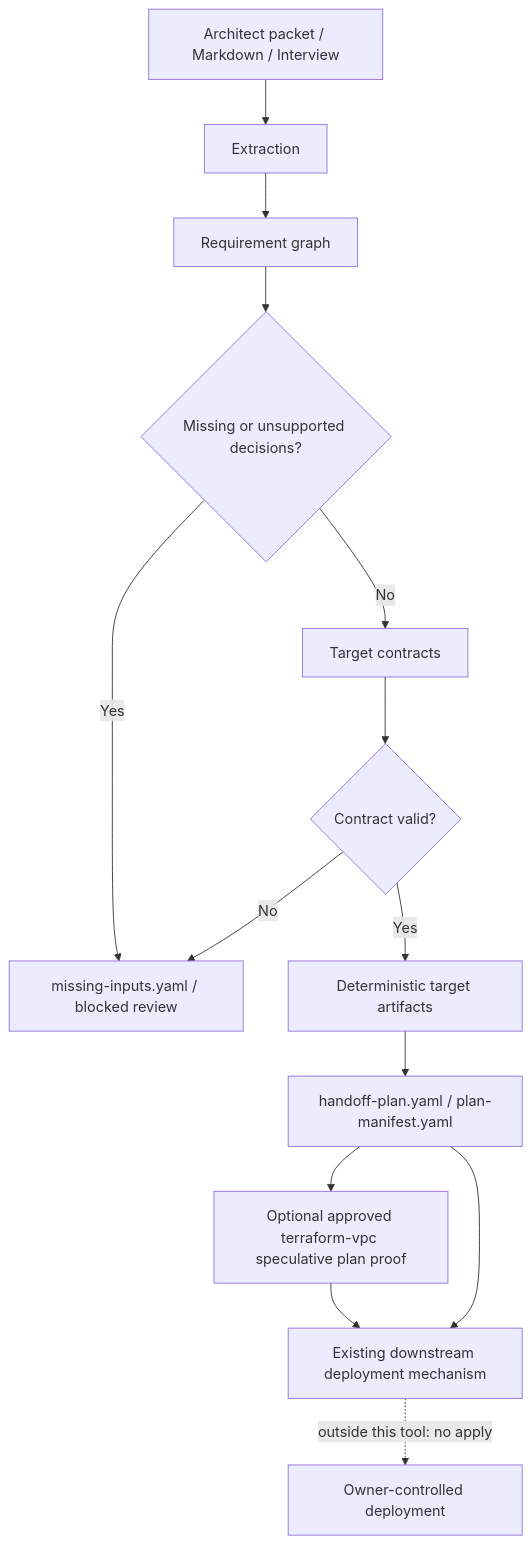
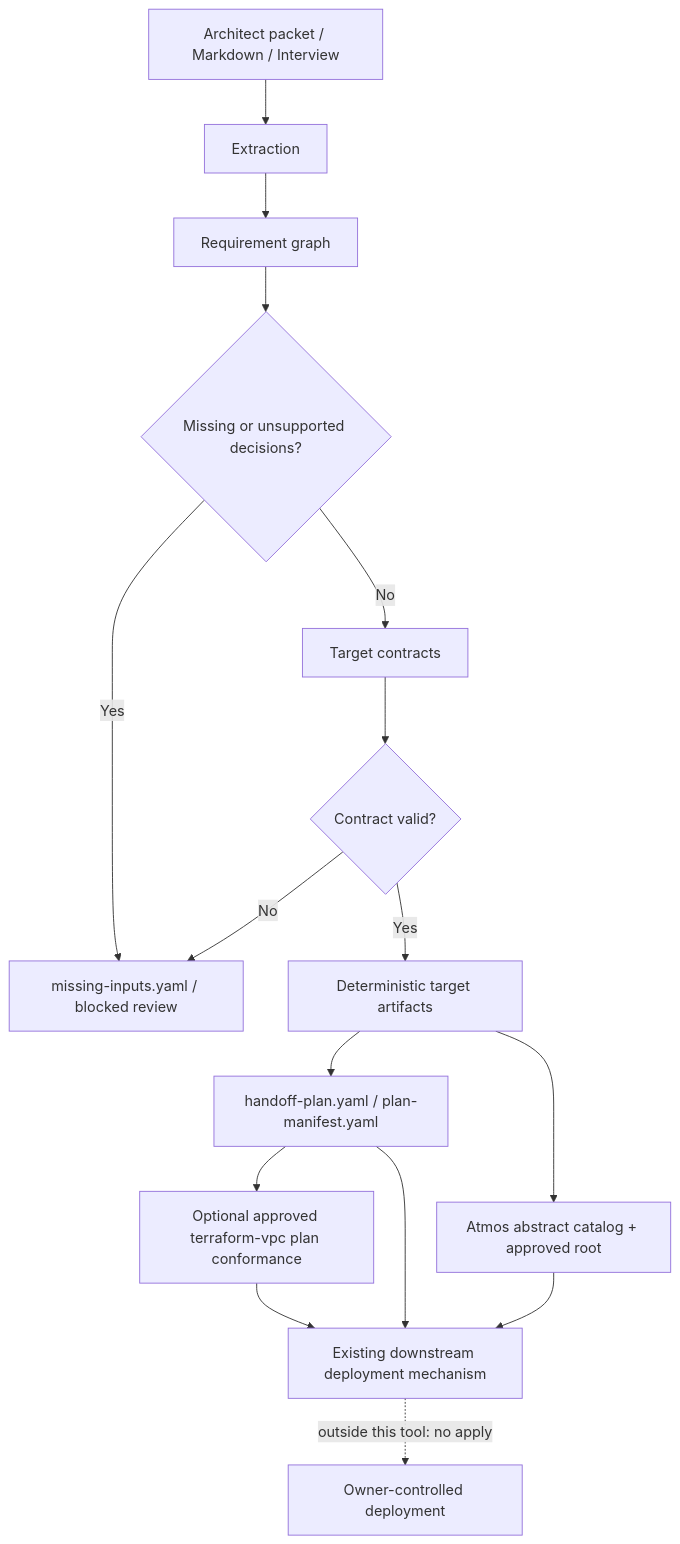
The diagram in README.md (ersahinco/iac-llm-wrapper), drawn with Mermaid before and after one commit. The commit also changed other lines of this file and 27 other files, not shown here.

Commit message:
feat(terraform): add conformance and Atmos

````diff
--- a/README.md
+++ b/README.md
@@ -54,16 +68,18 @@
 ```mermaid
 flowchart TD
     A["Architect packet / Markdown / Interview"] --> B["Extraction"]
     B --> C["Requirement graph"]
     C --> D{"Missing or unsupported decisions?"}
     D -- "Yes" --> E["missing-inputs.yaml / blocked review"]
     D -- "No" --> F["Target contracts"]
     F --> G{"Contract valid?"}
     G -- "No" --> E
     G -- "Yes" --> H["Deterministic target artifacts"]
     H --> I["handoff-plan.yaml / plan-manifest.yaml"]
-    I --> P["Optional approved terraform-vpc speculative plan proof"]
+    H --> A1["Atmos abstract catalog + approved root"]
+    I --> P["Optional approved terraform-vpc plan conformance"]
     P --> J["Existing downstream deployment mechanism"]
     I --> J
+    A1 --> J
     J -. "outside this tool: no apply" .-> K["Owner-controlled deployment"]
 ```
````
